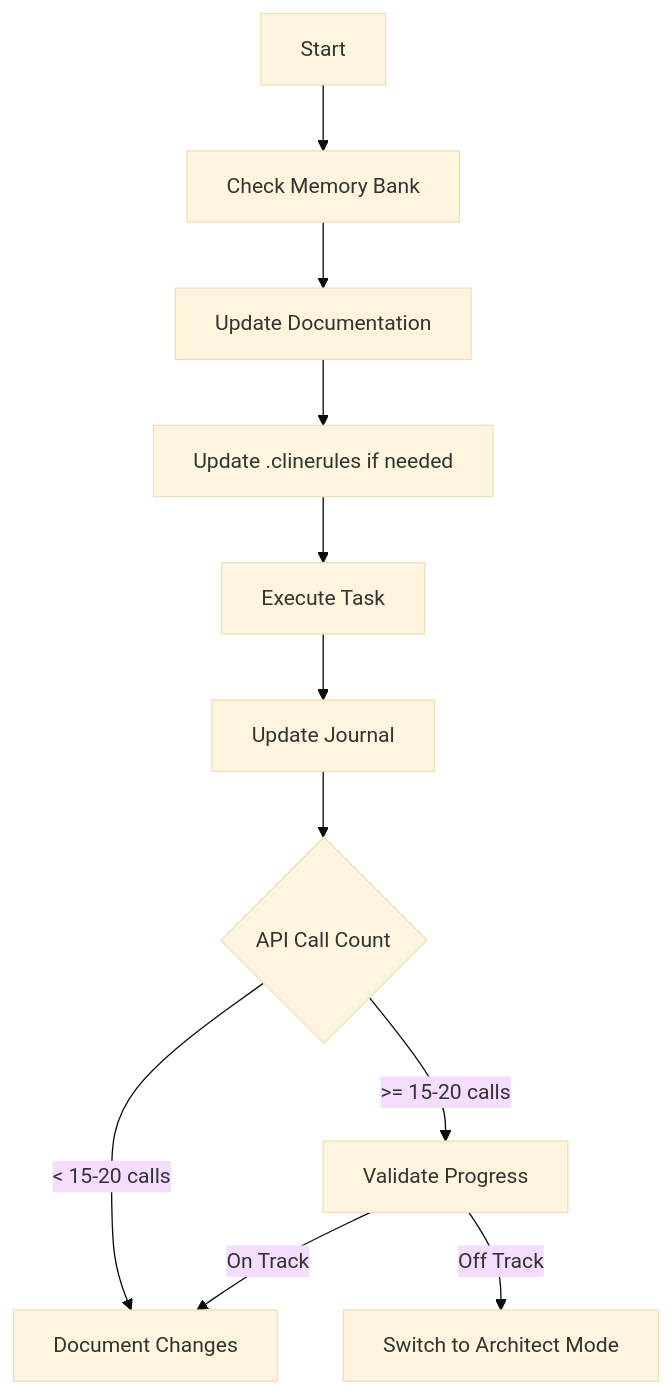
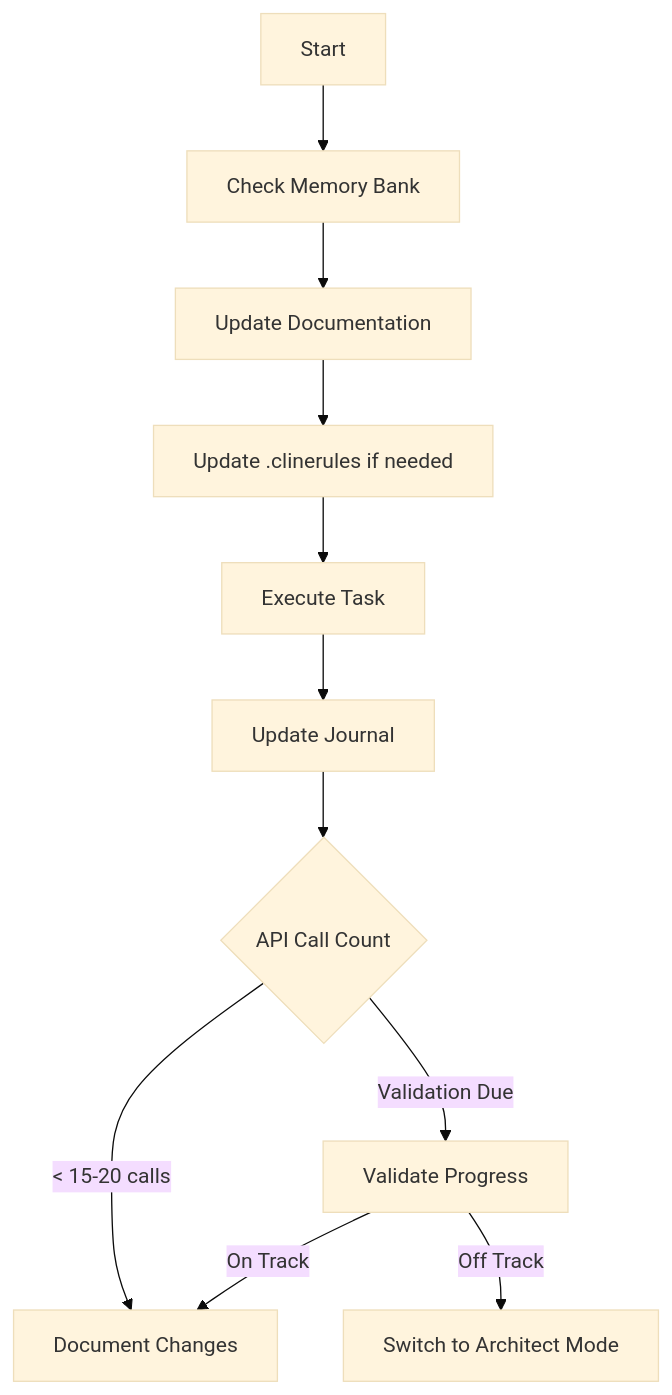
One commit to IHateCrickets/cline changed the third of 5 diagrams in docs/prompting/custom instructions library/raw-instructions/cline-memory-bank.md. Above: the diagram before and after it, drawn with Mermaid (base theme).

Commit message:
Update cline-memory-bank.md
ad

````diff
--- a/docs/prompting/custom instructions library/raw-instructions/cline-memory-bank.md
+++ b/docs/prompting/custom instructions library/raw-instructions/cline-memory-bank.md
@@ -115,13 +115,13 @@
 ```mermaid
 flowchart TD
     Start[Start] --> Context[Check Memory Bank]
     Context --> Update[Update Documentation]
     Update --> Rules[Update .clinerules if needed]
     Rules --> Execute[Execute Task]
     Execute --> Journal[Update Journal]
     Journal --> Count{API Call Count}
     Count -->|< 15-20 calls| Document[Document Changes]
-    Count -->|>= 15-20 calls| Validate[Validate Progress]
+    Count -->|Validation Due| Validate[Validate Progress]
     Validate -->|On Track| Document
     Validate -->|Off Track| Reassess[Switch to Architect Mode]
 ```
````
